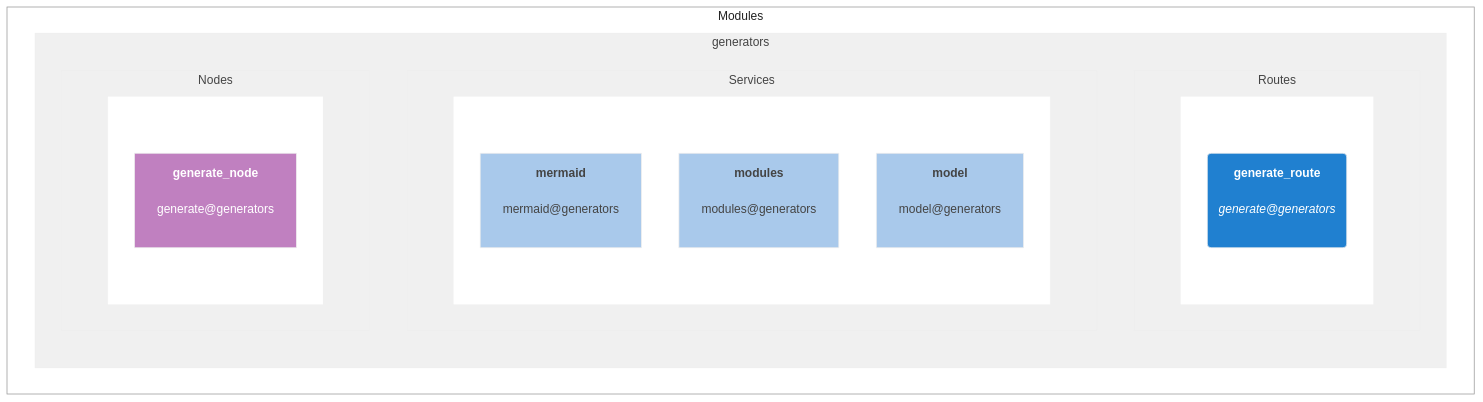
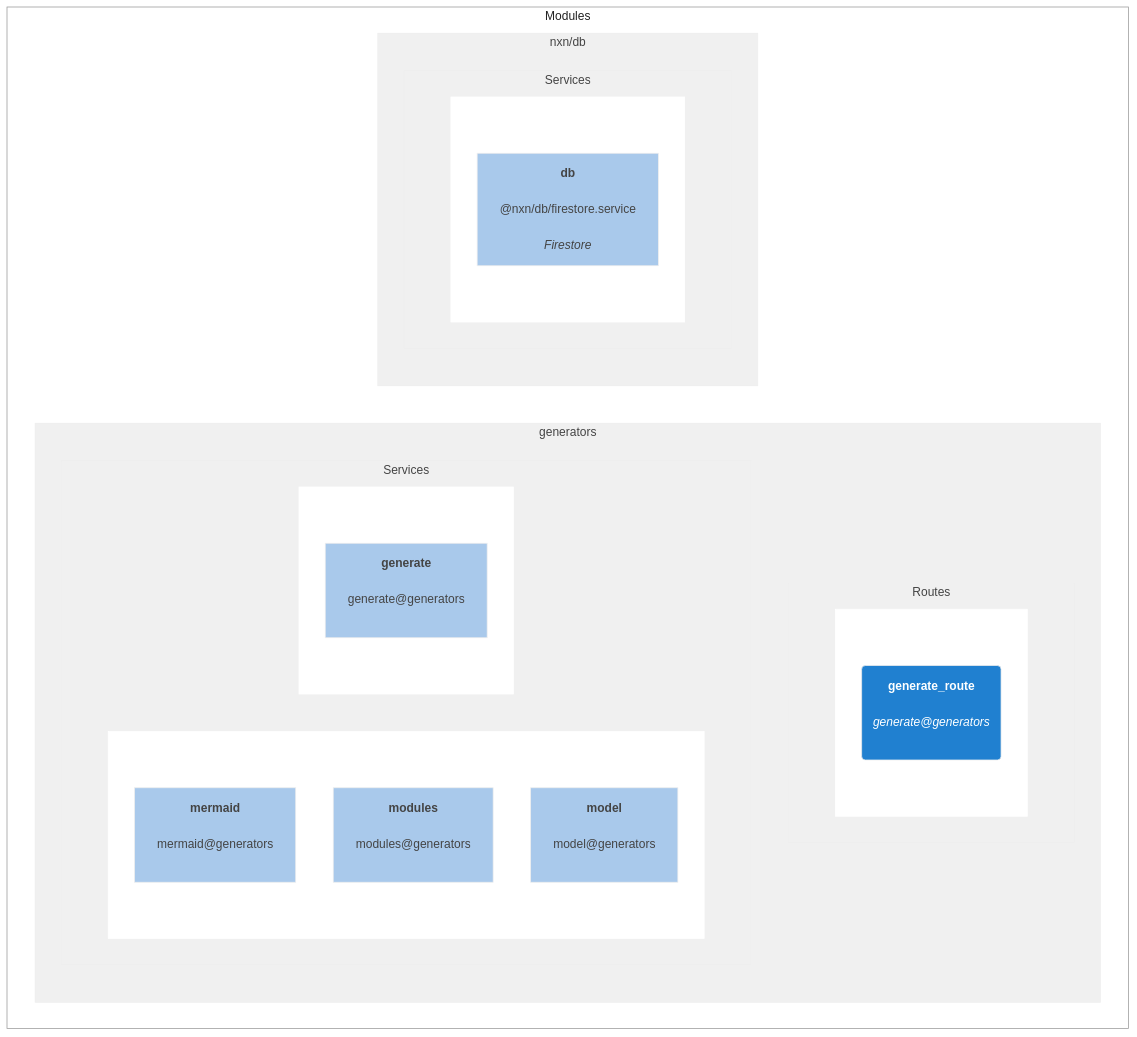
The diagram in client_data/default/config_default.modules.README.mmd (franck-yvetot/nxn-cli), drawn with Mermaid before and after one commit. The commit also changed 3 other files, not shown here.

```diff
--- a/client_data/default/config_default.modules.README.mmd
+++ b/client_data/default/config_default.modules.README.mmd
@@ -1,62 +1,77 @@
 graph TB;
 
 subgraph Modules
     direction LR;
     classDef nodeCls fill:#C080C0,stroke:#eee,color:#fff
     classDef routeCls fill:#2080D0,stroke:#eee,color:#fff
     classDef nodCls fill:#C080C0,stroke:#eee,color:#fff
     classDef serviceCls fill:#A9C9EB,stroke:#eee,color:#444
 
 
 subgraph generators
 direction TB;
 
 subgraph generators:routes["Routes"]
 direction LR;
 
 subgraph generators_routes1
 direction TB;
     generate_route_doc("<b>generate_route</b><br><br><i>generate@generators</i><br><br>"):::routeCls
 
 end
 style generators_routes1 fill:#fff,stroke:#fff,color:#fff
 
 end
 style generators:routes fill:#f0f0f0,stroke:#eee,color:#444
 
 
 subgraph generators:services["Services"]
 direction LR;
 
 subgraph generators_services1
 direction TB;
     mermaid_doc["<b>mermaid</b><br><br>mermaid@generators<br><br>"]:::serviceCls
 
     modules_doc["<b>modules</b><br><br>modules@generators<br><br>"]:::serviceCls
 
     model_doc["<b>model</b><br><br>model@generators<br><br>"]:::serviceCls
 
 end
 style generators_services1 fill:#fff,stroke:#fff,color:#fff
 
+
+subgraph generators_services2
+direction TB;
+    generate_doc["<b>generate</b><br><br>generate@generators<br><br>"]:::serviceCls
+
+end
+style generators_services2 fill:#fff,stroke:#fff,color:#fff
+
 end
 style generators:services fill:#f0f0f0,stroke:#eee,color:#444
 
+end
+style generators fill:#f0f0f0,stroke:#eee,color:#444
 
-subgraph generators:nodes["Nodes"]
+
+
+subgraph nxn/db
+direction TB;
+
+subgraph nxn/db:services["Services"]
 direction LR;
 
-subgraph generators_nodes1
+subgraph nxn/db_services1
 direction TB;
-    generate_node_doc["<b>generate_node</b><br><br>generate@generators<br><br>"]:::nodeCls
+    db_doc["<b>db</b><br><br>@nxn/db/firestore.service<br><br><i>Firestore</i>"]:::serviceCls
 
 end
-style generators_nodes1 fill:#fff,stroke:#fff,color:#fff
+style nxn/db_services1 fill:#fff,stroke:#fff,color:#fff
 
 end
-style generators:nodes fill:#f0f0f0,stroke:#eee,color:#444
+style nxn/db:services fill:#f0f0f0,stroke:#eee,color:#444
 
 end
-style generators fill:#f0f0f0,stroke:#eee,color:#444
+style nxn/db fill:#f0f0f0,stroke:#eee,color:#444
 end
 style Modules fill:#fff,stroke:#999,color:#222
```
